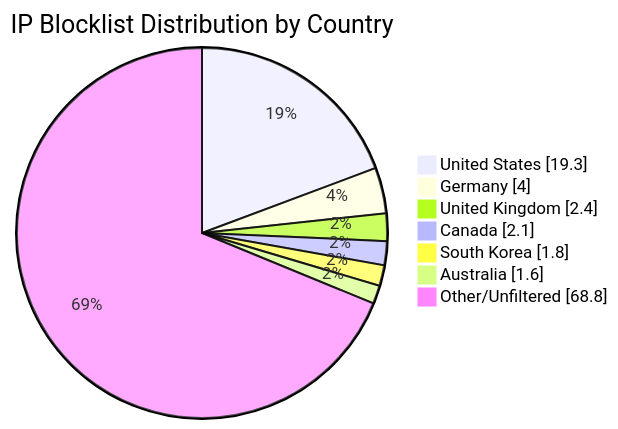
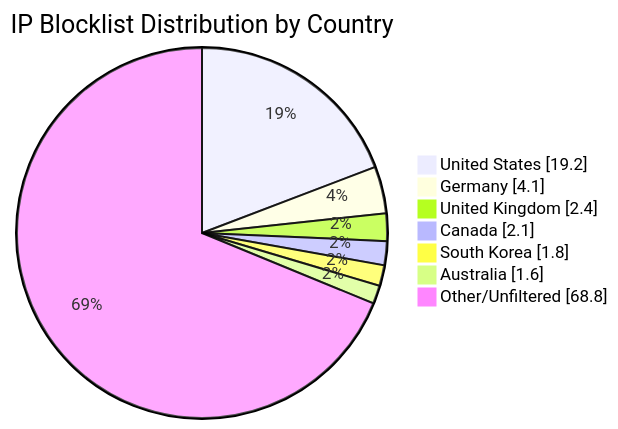
One commit to MarcusHoltz/ipblocklist-geofiltered-aggregator changed the diagram in README.md. Above: the diagram before and after it, drawn with Mermaid. The commit also changed other lines of this file and 9 other files, not shown here.

````diff
--- a/README.md
+++ b/README.md
@@ -34,10 +34,10 @@
 ```mermaid
 pie showData title IP Blocklist Distribution by Country
-"United States" : 19.3
-"Germany" : 4.0
+"United States" : 19.2
+"Germany" : 4.1
 "United Kingdom" : 2.4
 "Canada" : 2.1
 "South Korea" : 1.8
 "Australia" : 1.6
 "Other/Unfiltered" : 68.8
 ```
````
